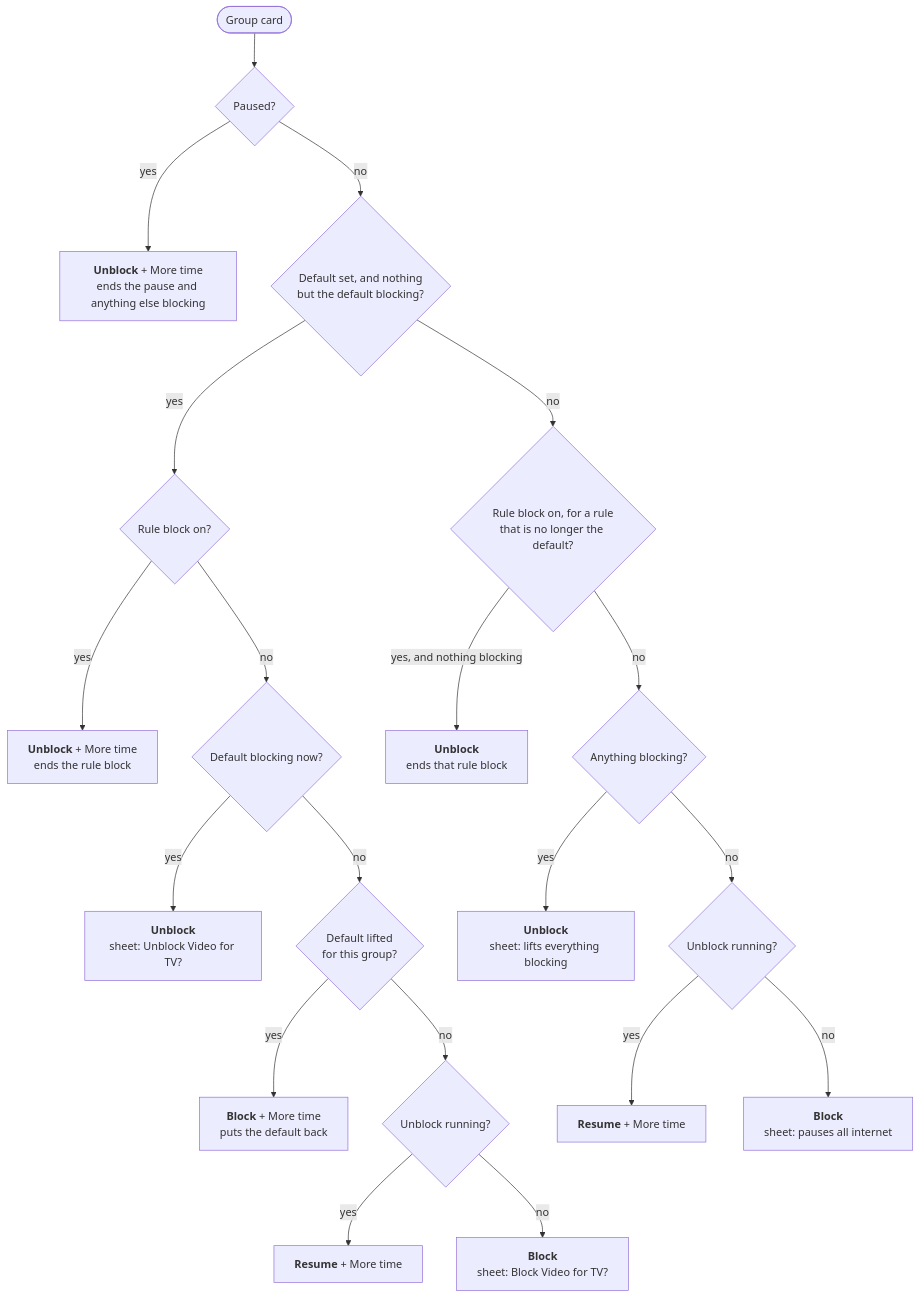
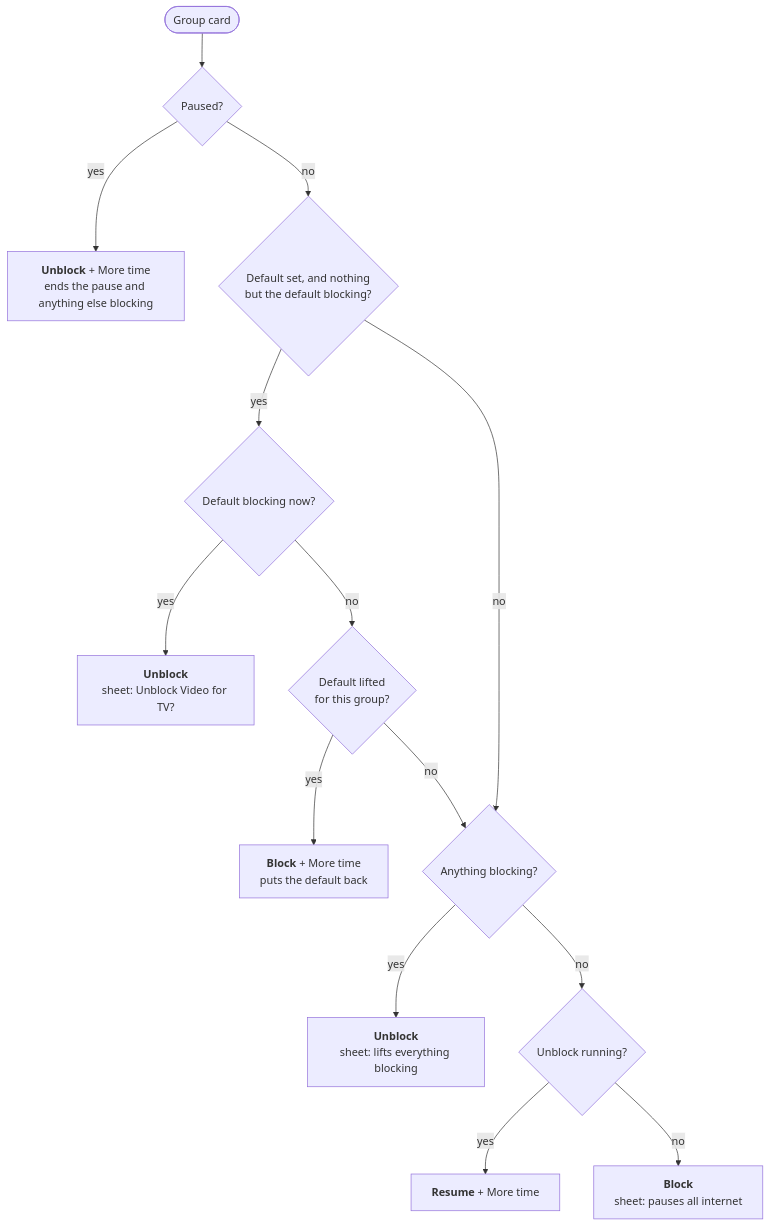
The diagram in docs/group-states.md (nickberardi/familyfi), drawn with Mermaid before and after one commit. The commit also changed other lines of this file and 31 other files, not shown here.

First line of the commit message:
Drop the rule block endpoints; the Block button default uses the existing per-group pause

````diff
--- a/docs/group-states.md
+++ b/docs/group-states.md
@@ -67,22 +66,16 @@
 ```mermaid
 flowchart TD
   start([Group card]) --> paused{Paused?}
   paused -- yes --> A["<b>Unblock</b> + More time<br/>ends the pause and anything else blocking"]
   paused -- no --> hasD{Default set, and nothing<br/>but the default blocking?}
-  hasD -- yes --> rb{Rule block on?}
-  rb -- yes --> B1["<b>Unblock</b> + More time<br/>ends the rule block"]
-  rb -- no --> dBlocks{Default blocking now?}
-  dBlocks -- yes --> B2["<b>Unblock</b><br/>sheet: Unblock Video for TV?"]
+  hasD -- yes --> dBlocks{Default blocking now?}
+  dBlocks -- yes --> B1["<b>Unblock</b><br/>sheet: Unblock Video for TV?"]
   dBlocks -- no --> dLifted{Default lifted<br/>for this group?}
-  dLifted -- yes --> B3["<b>Block</b> + More time<br/>puts the default back"]
-  dLifted -- no --> unb1{Unblock running?}
-  unb1 -- yes --> B4["<b>Resume</b> + More time"]
-  unb1 -- no --> B5["<b>Block</b><br/>sheet: Block Video for TV?"]
-  hasD -- no --> stale{Rule block on, for a rule<br/>that is no longer the default?}
-  stale -- "yes, and nothing blocking" --> C["<b>Unblock</b><br/>ends that rule block"]
-  stale -- no --> any{Anything blocking?}
-  any -- yes --> D["<b>Unblock</b><br/>sheet: lifts everything blocking"]
-  any -- no --> unb2{Unblock running?}
-  unb2 -- yes --> E["<b>Resume</b> + More time"]
-  unb2 -- no --> F["<b>Block</b><br/>sheet: pauses all internet"]
+  dLifted -- yes --> B2["<b>Block</b> + More time<br/>puts the default back"]
+  dLifted -- no --> any
+  hasD -- no --> any{Anything blocking?}
+  any -- yes --> C["<b>Unblock</b><br/>sheet: lifts everything blocking"]
+  any -- no --> unb{Unblock running?}
+  unb -- yes --> D["<b>Resume</b> + More time"]
+  unb -- no --> E["<b>Block</b><br/>sheet: pauses all internet"]
 ```
````
